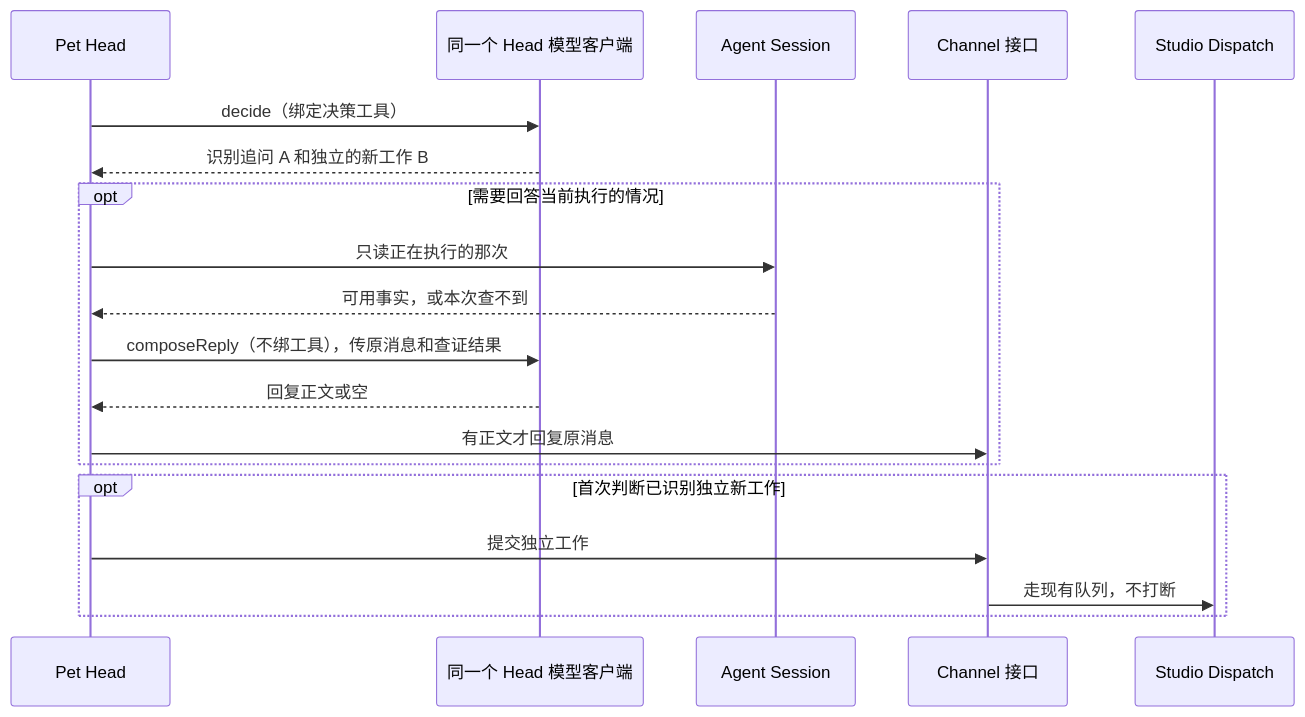
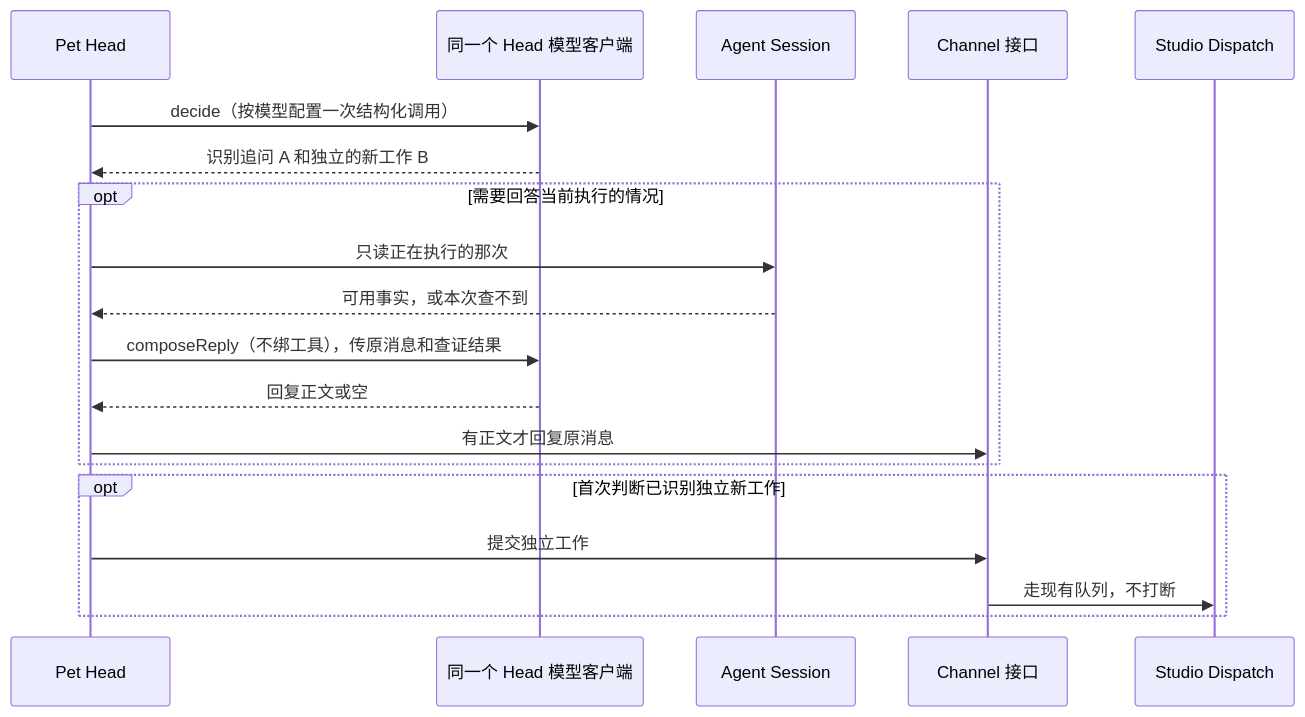
The fourth of 5 diagrams in docs/design/studio/pet-head-mechanism.md (pinpawo/pinpawo-agent), drawn with Mermaid before and after one commit. The commit also changed other lines of this file and 13 other files, not shown here.

````diff
--- a/docs/design/studio/pet-head-mechanism.md
+++ b/docs/design/studio/pet-head-mechanism.md
@@ -93,21 +93,21 @@
 ```mermaid
 sequenceDiagram
     participant H as Pet Head
     participant M as 同一个 Head 模型客户端
     participant S as Agent Session
     participant C as Channel 接口
     participant D as Studio Dispatch
-    H->>M: decide（绑定决策工具）
+    H->>M: decide（按模型配置一次结构化调用）
     M-->>H: 识别追问 A 和独立的新工作 B
     opt 需要回答当前执行的情况
         H->>S: 只读正在执行的那次
         S-->>H: 可用事实，或本次查不到
         H->>M: composeReply（不绑工具），传原消息和查证结果
         M-->>H: 回复正文或空
         H->>C: 有正文才回复原消息
     end
     opt 首次判断已识别独立新工作
         H->>C: 提交独立工作
         C->>D: 走现有队列，不打断
     end
 ```
````
